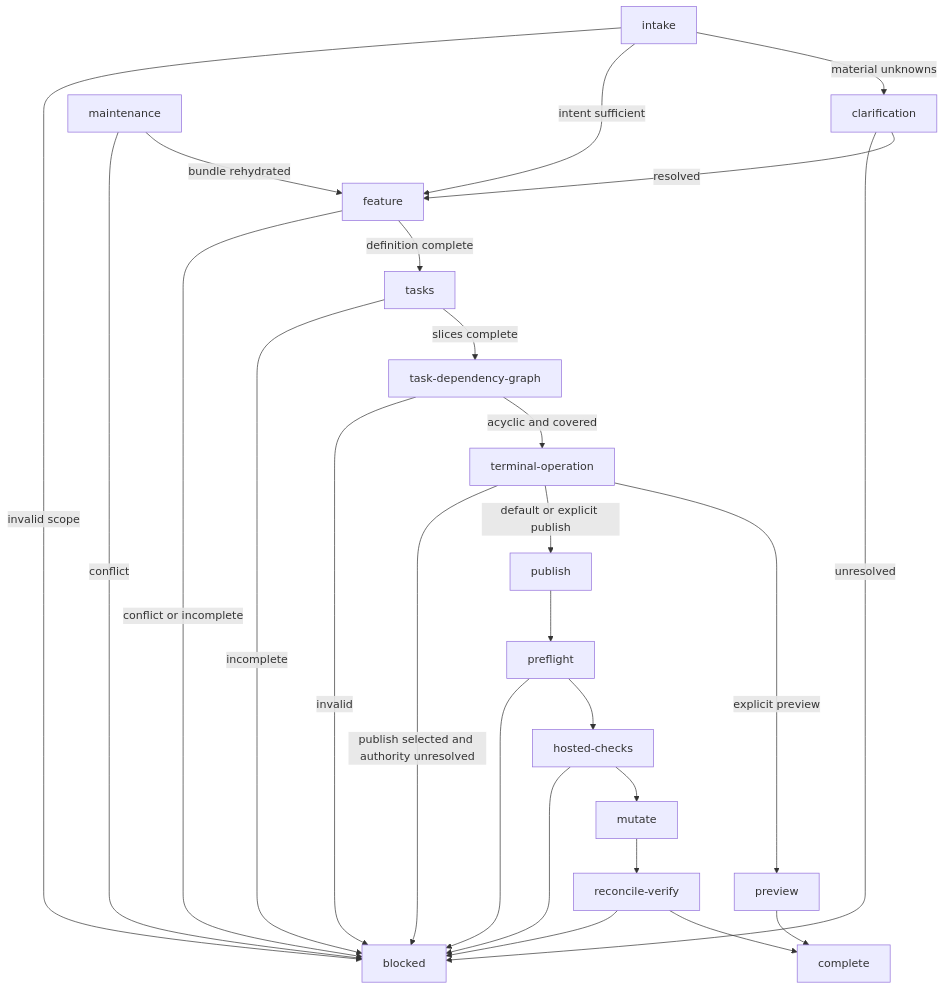
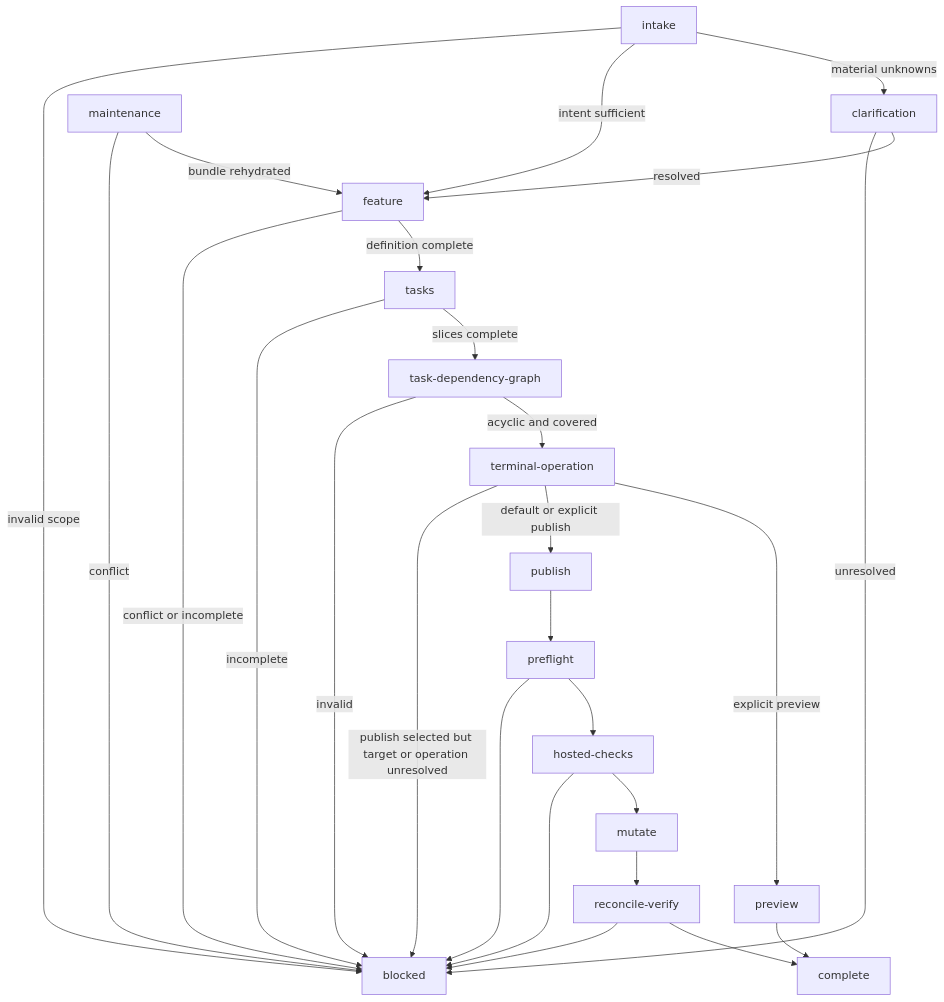
The diagram in plugins/se2/skills/feature/SKILL.md (alemar11/dotagents), drawn with Mermaid before and after one commit. The commit also changed other lines of this file and 13 other files, not shown here.

```diff
--- a/plugins/se2/skills/feature/SKILL.md
+++ b/plugins/se2/skills/feature/SKILL.md
@@ -153,28 +155,28 @@
 ~~~mermaid
 flowchart TD
     intake -->|material unknowns| clarification
     intake -->|intent sufficient| feature
     intake -->|invalid scope| blocked
     maintenance -->|bundle rehydrated| feature
     maintenance -->|conflict| blocked
     clarification -->|resolved| feature
     clarification -->|unresolved| blocked
     feature -->|definition complete| tasks
     feature -->|conflict or incomplete| blocked
     tasks -->|slices complete| task-dependency-graph
     tasks -->|incomplete| blocked
     task-dependency-graph -->|acyclic and covered| terminal-operation
     task-dependency-graph -->|invalid| blocked
     terminal-operation -->|explicit preview| preview
     terminal-operation -->|default or explicit publish| publish
-    terminal-operation -->|publish selected and authority unresolved| blocked
+    terminal-operation -->|publish selected but target or operation unresolved| blocked
     preview --> complete
     publish --> preflight
     preflight --> hosted-checks
     preflight --> blocked
     hosted-checks --> mutate
     hosted-checks --> blocked
     mutate --> reconcile-verify
     reconcile-verify --> complete
     reconcile-verify --> blocked
 ~~~
```
